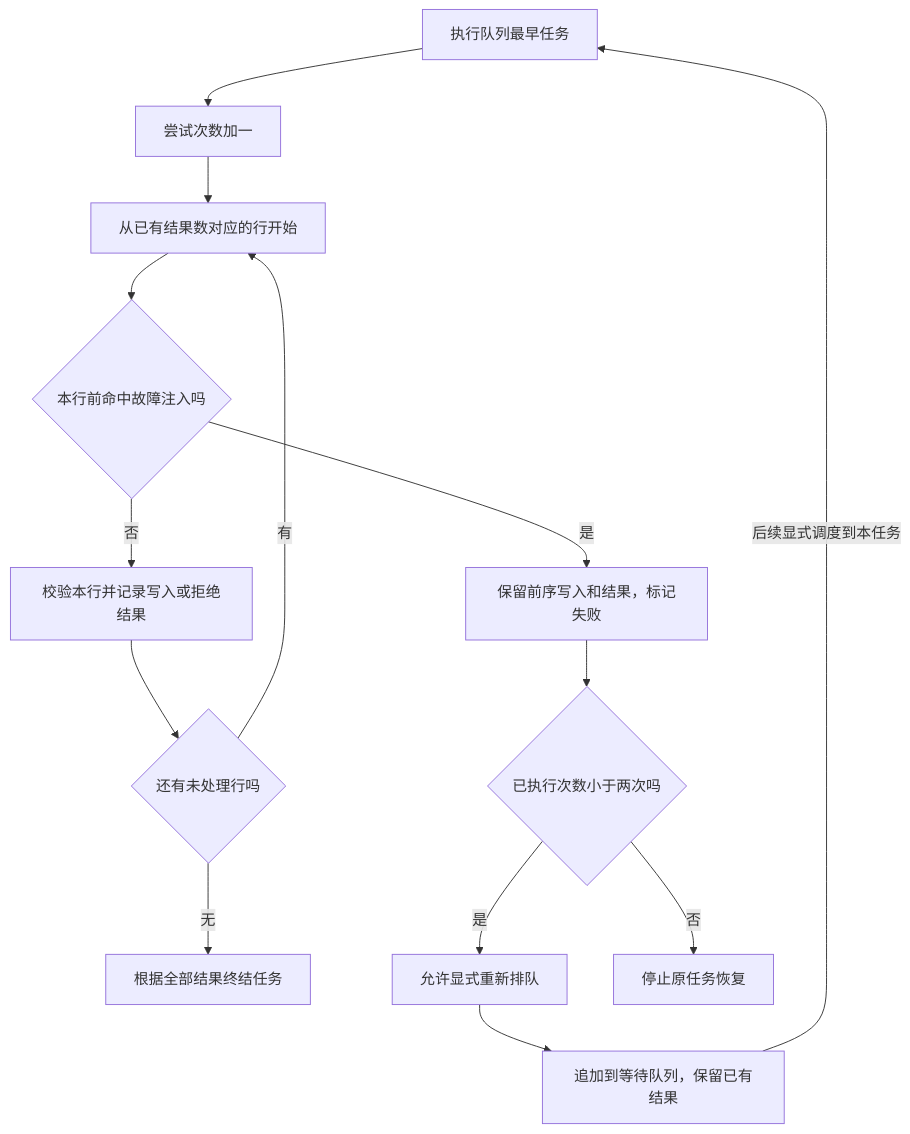
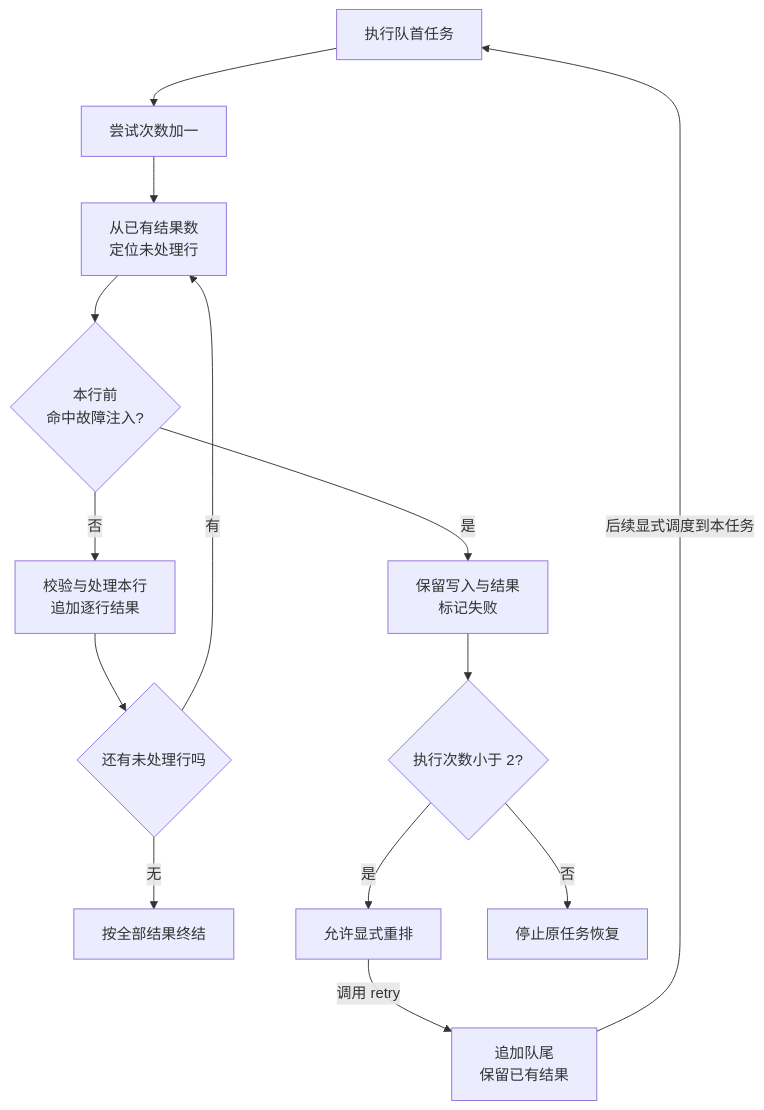
The diagram in tests/fixtures/authoring/async-import/modus/knowledge/domain/contact-import/references/modules/execution-recovery.md (tencentmusic/modus), drawn with Mermaid before and after one commit. The commit also changed other lines of this file and 84 other files, not shown here.

````diff
--- a/tests/fixtures/authoring/async-import/modus/knowledge/domain/contact-import/references/modules/execution-recovery.md
+++ b/tests/fixtures/authoring/async-import/modus/knowledge/domain/contact-import/references/modules/execution-recovery.md
@@ -52,16 +52,16 @@
 ```mermaid
 flowchart TD
-    A[执行队列最早任务] --> B[尝试次数加一]
-    B --> C[从已有结果数对应的行开始]
-    C --> D{本行前命中故障注入吗}
-    D -->|否| E[校验本行并记录写入或拒绝结果]
+    A[执行队首任务] --> B[尝试次数加一]
+    B --> C["从已有结果数<br/>定位未处理行"]
+    C --> D{"本行前<br/>命中故障注入?"}
+    D -->|否| E["校验与处理本行<br/>追加逐行结果"]
     E --> F{还有未处理行吗}
     F -->|有| C
-    F -->|无| G[根据全部结果终结任务]
-    D -->|是| H[保留前序写入和结果，标记失败]
-    H --> I{已执行次数小于两次吗}
-    I -->|是| J[允许显式重新排队]
-    J --> Q[追加到等待队列，保留已有结果]
+    F -->|无| G[按全部结果终结]
+    D -->|是| H["保留写入与结果<br/>标记失败"]
+    H --> I{执行次数小于 2?}
+    I -->|是| J[允许显式重排]
+    J -->|调用 retry| Q["追加队尾<br/>保留已有结果"]
     Q -->|后续显式调度到本任务| A
     I -->|否| K[停止原任务恢复]
 ```
````
